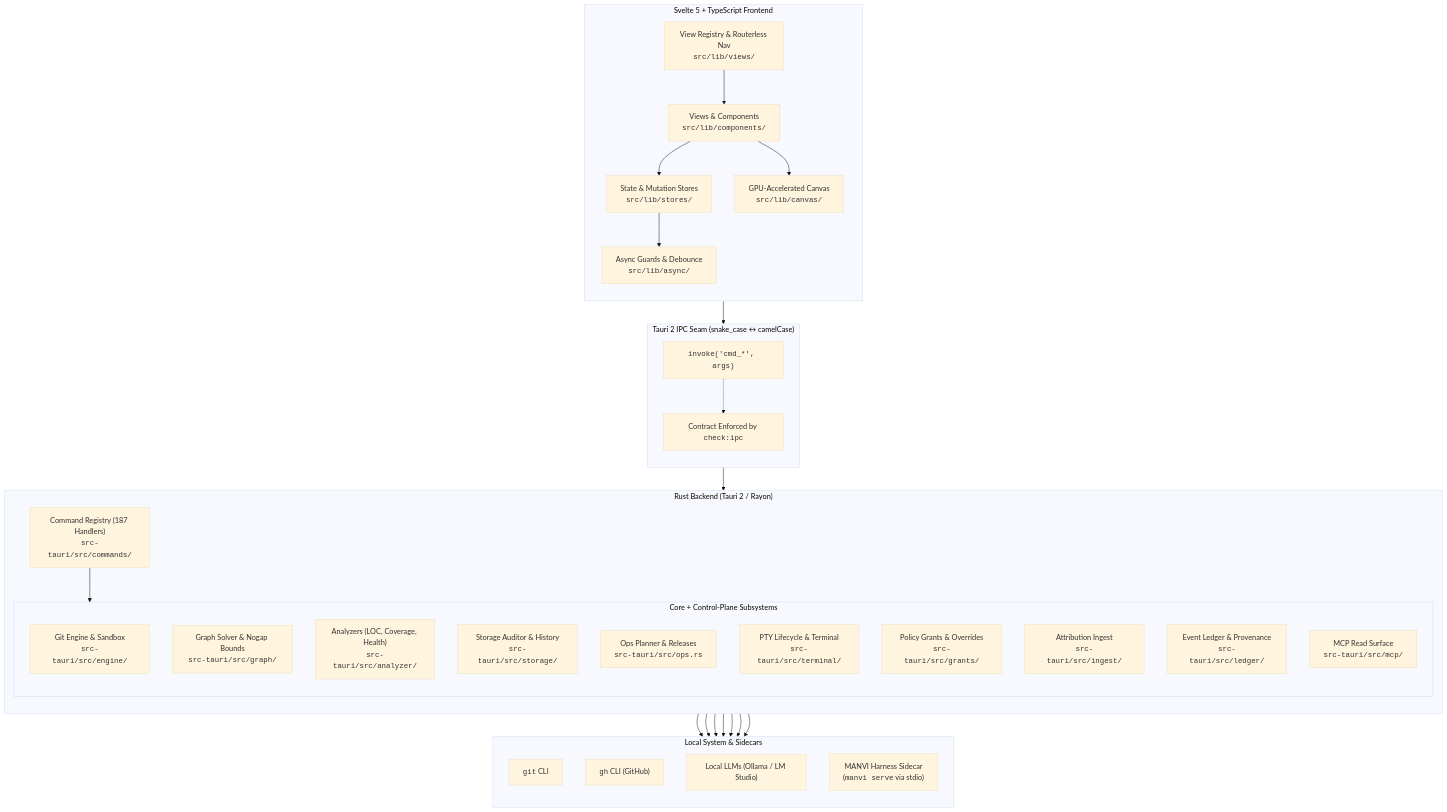
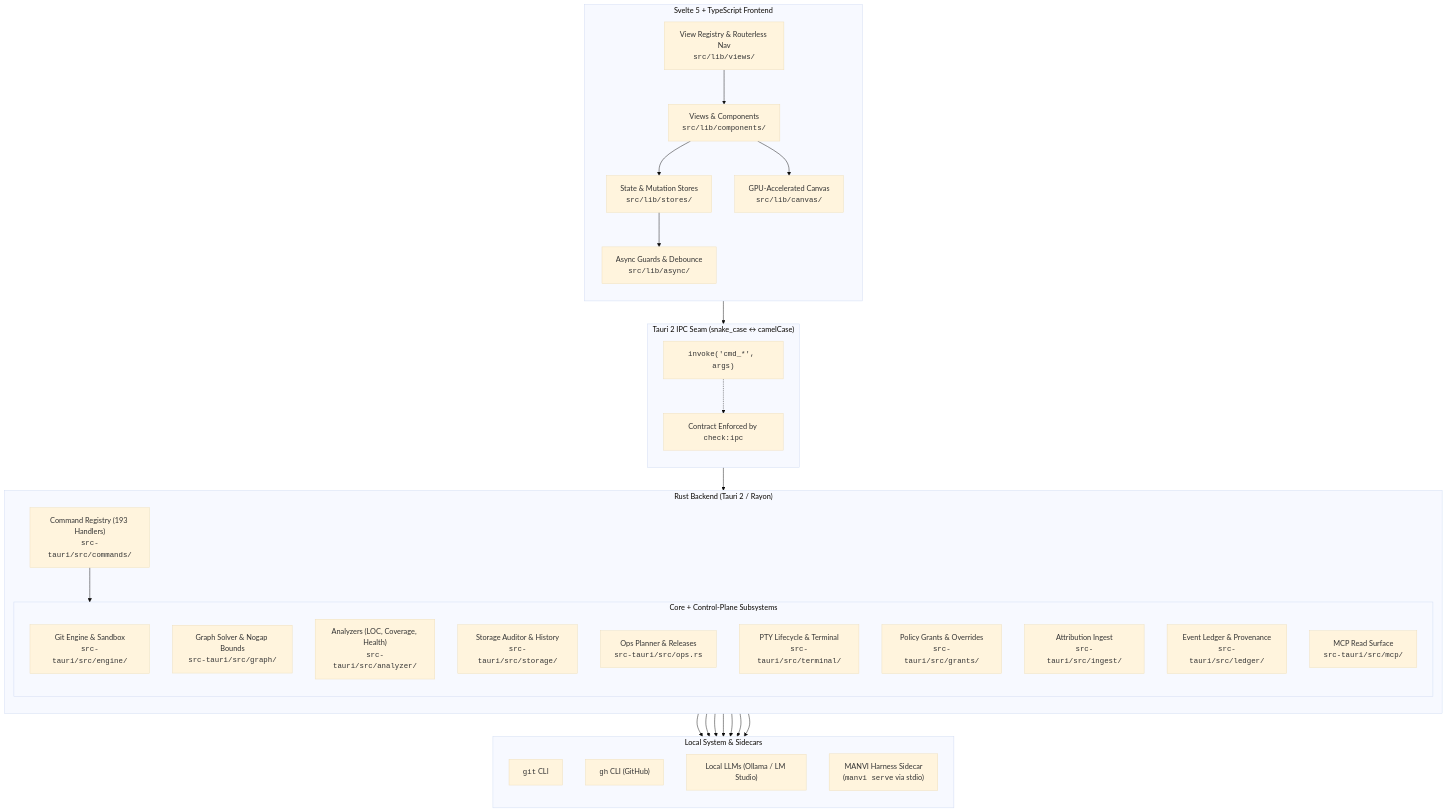
Before and after one commit to bharathvbcr/GitPulse: the first of 4 diagrams in docs/ARCHITECTURE.md, drawn with Mermaid (base theme). The commit also changed other lines of this file and 66 other files, not shown here.

````diff
--- a/docs/ARCHITECTURE.md
+++ b/docs/ARCHITECTURE.md
@@ -5,61 +5,61 @@
 ```mermaid
 flowchart TB
     subgraph Frontend["Svelte 5 + TypeScript Frontend"]
         direction TB
         UI["Views & Components<br/><code>src/lib/components/</code>"]
         Stores["State & Mutation Stores<br/><code>src/lib/stores/</code>"]
         Registry["View Registry & Routerless Nav<br/><code>src/lib/views/</code>"]
         Canvas["GPU-Accelerated Canvas<br/><code>src/lib/canvas/</code>"]
         Async["Async Guards & Debounce<br/><code>src/lib/async/</code>"]
         
         UI --> Stores
         UI --> Canvas
         Stores --> Async
         Registry --> UI
     end
 
     subgraph IPC["Tauri 2 IPC Seam (snake_case ↔ camelCase)"]
         direction TB
         Invoke["<code>invoke('cmd_*', args)</code>"]
         ContractCheck["Contract Enforced by <code>check:ipc</code>"]
         Invoke -.-> ContractCheck
     end
 
     subgraph Backend["Rust Backend (Tauri 2 / Rayon)"]
         direction TB
-        CmdRegistry["Command Registry (187 Handlers)<br/><code>src-tauri/src/commands/</code>"]
+        CmdRegistry["Command Registry (193 Handlers)<br/><code>src-tauri/src/commands/</code>"]
         
         subgraph Subsystems["Core + Control-Plane Subsystems"]
             GitEngine["Git Engine & Sandbox<br/><code>src-tauri/src/engine/</code>"]
             GraphSolver["Graph Solver & Nogap Bounds<br/><code>src-tauri/src/graph/</code>"]
             Analyzers["Analyzers (LOC, Coverage, Health)<br/><code>src-tauri/src/analyzer/</code>"]
             StorageAuditor["Storage Auditor & History<br/><code>src-tauri/src/storage/</code>"]
             OpsPlanner["Ops Planner & Releases<br/><code>src-tauri/src/ops.rs</code>"]
             PtyTerminal["PTY Lifecycle & Terminal<br/><code>src-tauri/src/terminal/</code>"]
             Grants["Policy Grants & Overrides<br/><code>src-tauri/src/grants/</code>"]
             Ingest["Attribution Ingest<br/><code>src-tauri/src/ingest/</code>"]
             Ledger["Event Ledger & Provenance<br/><code>src-tauri/src/ledger/</code>"]
             MCP["MCP Read Surface<br/><code>src-tauri/src/mcp/</code>"]
         end
         
         CmdRegistry --> Subsystems
     end
 
     subgraph External["Local System & Sidecars"]
         direction TB
         LocalGit["<code>git</code> CLI"]
         LocalGh["<code>gh</code> CLI (GitHub)"]
         LocalLLM["Local LLMs (Ollama / LM Studio)"]
         ManviSidecar["MANVI Harness Sidecar<br/>(<code>manvi serve</code> via stdio)"]
     end
 
     Async --> Invoke
     Invoke --> CmdRegistry
     GitEngine --> LocalGit
     Analyzers --> LocalGit
     Analyzers --> LocalGh
     Analyzers --> LocalLLM
     OpsPlanner --> LocalGh
     OpsPlanner --> ManviSidecar
     Subsystems --> ManviSidecar
 ```
````
